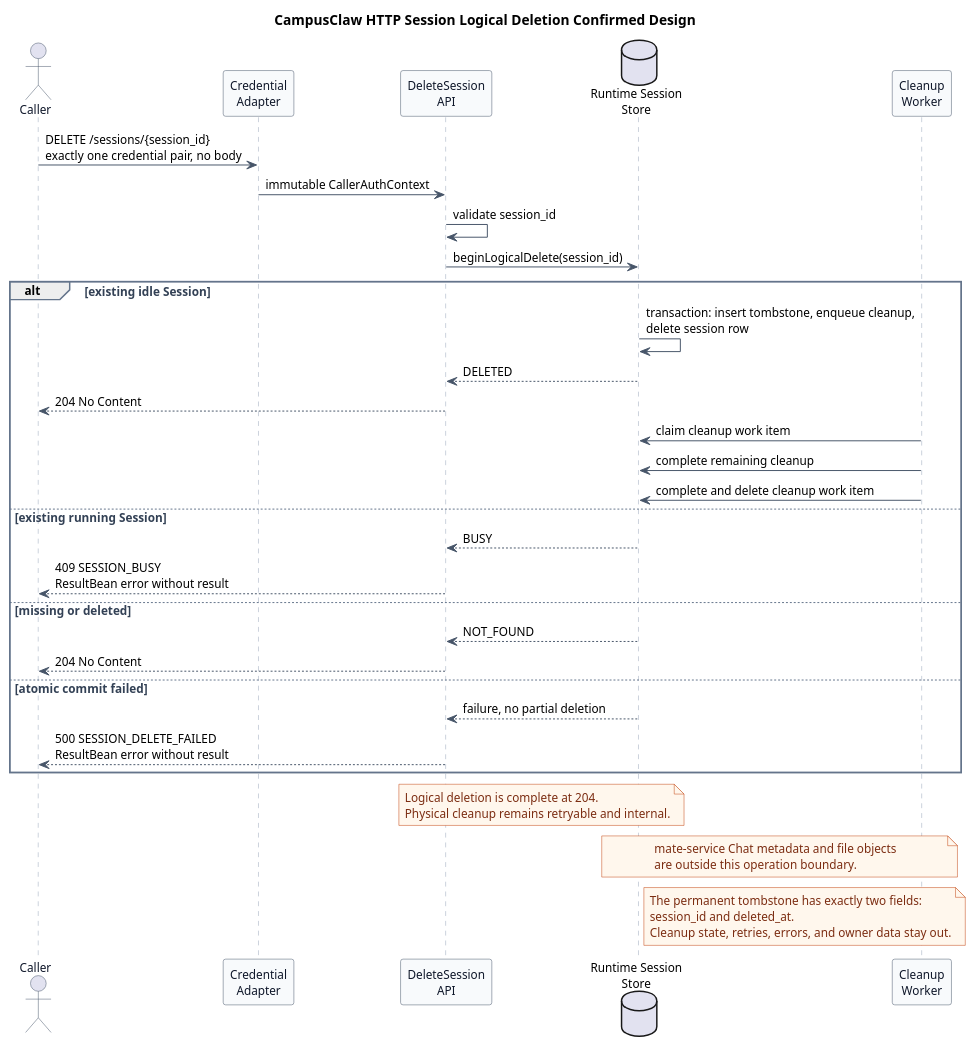
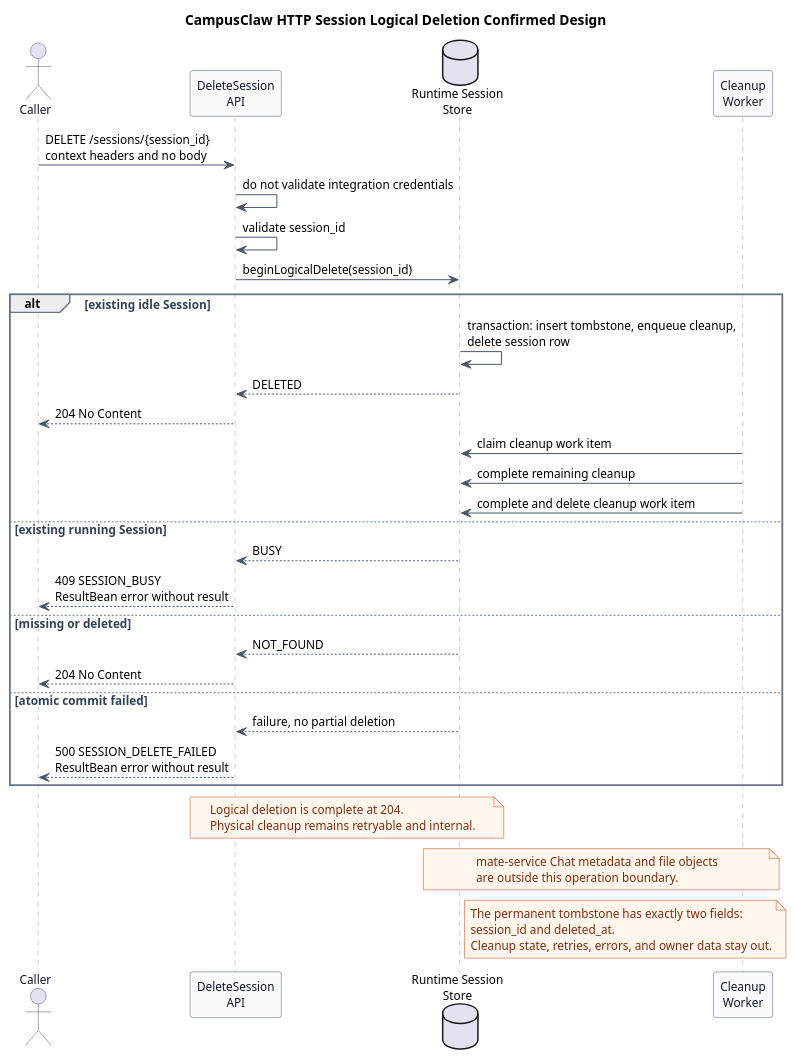
The third of 3 diagrams in pi-mono-java-manager-driven-multi-agent-runtime/diagrams/session-lifecycle/diagram.puml (ssm0808/pi-mono-java-design), drawn with PlantUML before and after one commit. The commit also changed other lines of this file and 33 other files, not shown here.

```diff
--- a/pi-mono-java-manager-driven-multi-agent-runtime/diagrams/session-lifecycle/diagram.puml
+++ b/pi-mono-java-manager-driven-multi-agent-runtime/diagrams/session-lifecycle/diagram.puml
@@ -153,85 +159,85 @@
 @startuml http_delete_session
 title CampusClaw HTTP Session Logical Deletion Confirmed Design
 
 ' Source evidence (pi-mono 086c32e74530564922d011ade23ff582c9d63116):
 ' packages/coding-agent/src/core/agent-session.ts, AgentSession.dispose, lines 789-805
 ' packages/coding-agent/src/modes/interactive/components/session-selector.ts,
 ' deleteSessionFile, lines 598-630
 ' Source evidence (pi-mono-java 8691e8800f05f28afe22499050c29220ef5b7475):
 ' modules/coding-agent-cli/src/main/java/com/campusclaw/codingagent/runtimeapi/session/RuntimeSessionService.java, delete.
 ' modules/coding-agent-cli/src/main/java/com/campusclaw/codingagent/runtimeapi/persistence/MyBatisRuntimeSessionRepository.java, beginDeletion.
 ' modules/coding-agent-cli/src/main/java/com/campusclaw/codingagent/runtimeapi/session/SessionCleanupWorker.java.
 ' Observed behavior: pi dispose stops active work and releases runtime resources, while
 ' interactive deletion removes the local JSONL file.
 ' Observed behavior: the implemented repository returns BUSY for a running session and does not abort it.
 ' Observed behavior: tombstone insertion, cleanup task insertion, and session deletion commit atomically.
 ' Architecture change: logical deletion and a durable cleanup work item replace local JSONL deletion.
+' Product constraint: all Runtime operations carry integration-context headers without local validation.
 ' Design reason: the API becomes idempotent immediately without exposing cleanup-job state.
 
 skinparam backgroundColor #FFFFFF
 skinparam shadowing false
 skinparam defaultFontName Arial
 skinparam defaultFontSize 12
 skinparam sequence {
   ArrowColor #475569
   ActorBorderColor #475569
   ActorFontColor #0F172A
   LifeLineBorderColor #94A3B8
   LifeLineBackgroundColor #F8FAFC
   ParticipantBorderColor #475569
   ParticipantBackgroundColor #F8FAFC
   ParticipantFontColor #0F172A
   GroupBorderColor #64748B
   GroupFontColor #334155
 }
 skinparam note {
   BackgroundColor #FFF7ED
   BorderColor #C2410C
   FontColor #7C2D12
 }
 
 actor Caller
-participant "Credential\nAdapter" as Auth
 participant "DeleteSession\nAPI" as API
 database "Runtime Session\nStore" as Store
 participant "Cleanup\nWorker" as Worker
 
-Caller -> Auth : DELETE /sessions/{session_id}\nexactly one credential pair, no body
-Auth -> API : immutable CallerAuthContext
+Caller -> API : DELETE /sessions/{session_id}\ncontext headers and no body
+API -> API : do not validate integration credentials
 API -> API : validate session_id
 API -> Store : beginLogicalDelete(session_id)
 
 alt existing idle Session
   Store -> Store : transaction: insert tombstone, enqueue cleanup,\ndelete session row
   Store --> API : DELETED
   API --> Caller : 204 No Content
   Worker -> Store : claim cleanup work item
   Worker -> Store : complete remaining cleanup
   Worker -> Store : complete and delete cleanup work item
 else existing running Session
   Store --> API : BUSY
   API --> Caller : 409 SESSION_BUSY\nResultBean error without result
 else missing or deleted
   Store --> API : NOT_FOUND
   API --> Caller : 204 No Content
 else atomic commit failed
   Store --> API : failure, no partial deletion
   API --> Caller : 500 SESSION_DELETE_FAILED\nResultBean error without result
 end
 
 note over API,Store
 Logical deletion is complete at 204.
 Physical cleanup remains retryable and internal.
 end note
 
 note over Store,Worker
 mate-service Chat metadata and file objects
 are outside this operation boundary.
 end note
 
 note right of Store
 The permanent tombstone has exactly two fields:
 session_id and deleted_at.
 Cleanup state, retries, errors, and owner data stay out.
 end note
 @enduml
```
